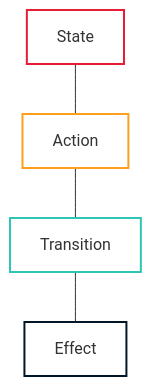
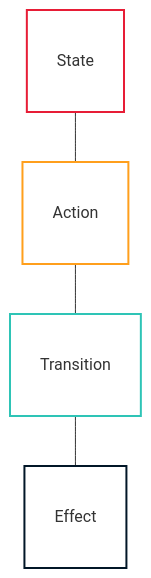
The diagram in llm-docs-v2/README.md (openmina/openmina), drawn with Mermaid before and after one commit. The commit also changed other lines of this file and 11 other files, not shown here.

````diff
--- a/llm-docs-v2/README.md
+++ b/llm-docs-v2/README.md
@@ -45,16 +48,16 @@
 ```mermaid
 graph TD
     %% Legend
     L1["State"] --- L2["Action"] --- L3["Transition"] --- L4["Effect"]
 
-    classDef stateClass stroke:#e71d36,stroke-width:2px,fill:none;
-    classDef actionClass stroke:#ff9f1c,stroke-width:2px,fill:none;
-    classDef transitionClass stroke:#2ec4b6,stroke-width:2px,fill:none;
-    classDef effectClass stroke:#011627,stroke-width:2px,fill:none;
-    classDef legend stroke-dasharray: 5 5, fill:none;
+    classDef stateClass stroke:#e71d36,stroke-width:2px,fill:none,padding:15px;
+    classDef actionClass stroke:#ff9f1c,stroke-width:2px,fill:none,padding:15px;
+    classDef transitionClass stroke:#2ec4b6,stroke-width:2px,fill:none,padding:15px;
+    classDef effectClass stroke:#011627,stroke-width:2px,fill:none,padding:15px;
+    classDef legend stroke-dasharray: 5 5, fill:none,padding:15px;
 
     class L1 stateClass;
     class L2 actionClass;
     class L3 transitionClass;
     class L4 effectClass;
 ```
````
